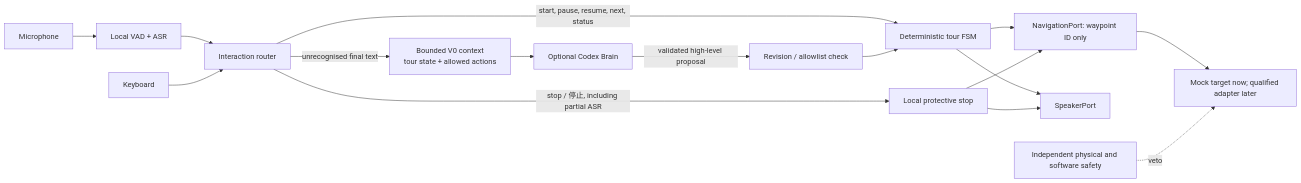
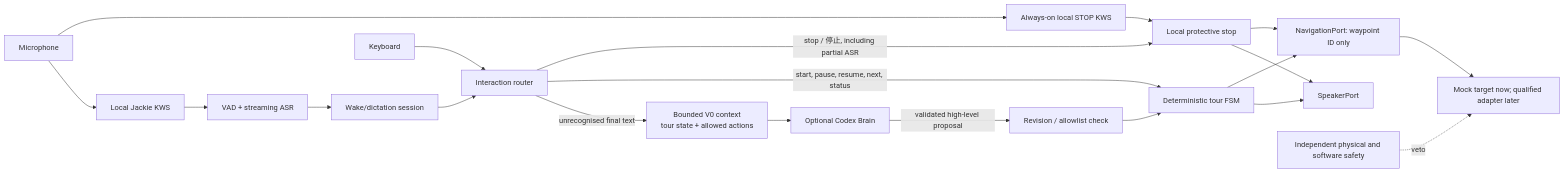
One commit to echengdee/longship changed the diagram in docs/guides/voice-tour-v0.md. Above: the diagram before and after it, drawn with Mermaid. The commit also changed other lines of this file and 14 other files, not shown here.

Commit message:
feat: add Jackie wake dictation boundary

````diff
--- a/docs/guides/voice-tour-v0.md
+++ b/docs/guides/voice-tour-v0.md
@@ -13,18 +13,22 @@
 ```mermaid
 flowchart LR
-    Mic["Microphone"] --> ASR["Local VAD + ASR"]
-    ASR --> Gateway["Interaction router"]
+    Mic["Microphone"] --> StopKWS["Always-on local STOP KWS"]
+    StopKWS --> Stop["Local protective stop"]
+    Mic --> Wake["Local Jackie KWS"]
+    Wake --> ASR["VAD + streaming ASR"]
+    ASR --> Session["Wake/dictation session"]
+    Session --> Gateway["Interaction router"]
     Keys["Keyboard"] --> Gateway
-    Gateway -->|"stop / 停止, including partial ASR"| Stop["Local protective stop"]
+    Gateway -->|"stop / 停止, including partial ASR"| Stop
     Gateway -->|"start, pause, resume, next, status"| FSM["Deterministic tour FSM"]
     Gateway -->|"unrecognised final text"| Context["Bounded V0 context<br/>tour state + allowed actions"]
     Context --> Brain["Optional Codex Brain"]
     Brain -->|"validated high-level proposal"| CAS["Revision / allowlist check"]
     CAS --> FSM
     FSM --> Nav["NavigationPort: waypoint ID only"]
     FSM --> TTS["SpeakerPort"]
     Nav --> Target["Mock target now; qualified adapter later"]
     Stop --> Nav
     Stop --> TTS
     Safety["Independent physical and software safety"] -. veto .-> Target
 ```
````
